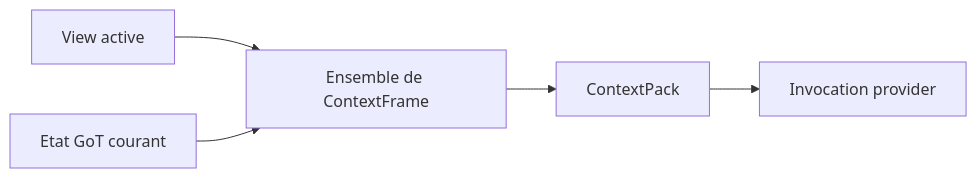
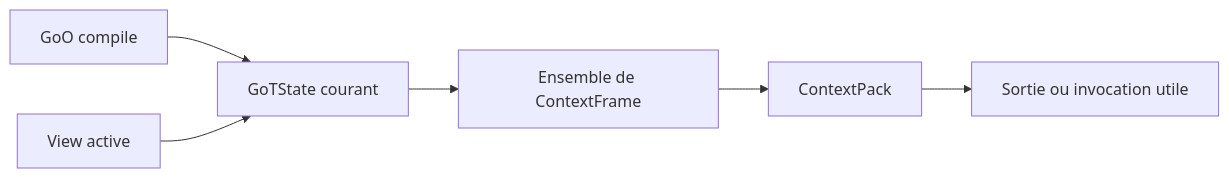
Before and after one commit to ZEDIUM-Off/graphclaw: the first of 2 diagrams in docs/architecture/concepts/got.md, drawn with Mermaid. The commit also changed other lines of this file and 11 other files, not shown here.

Commit message:
docs: clarify GoT and GoO architecture

````diff
--- a/docs/architecture/concepts/got.md
+++ b/docs/architecture/concepts/got.md
@@ -63,12 +65,14 @@
 ```mermaid
 flowchart LR
     V[View active]
-    G[Etat GoT courant]
+    O[GoO compile]
+    G[GoTState courant]
     F[Ensemble de ContextFrame]
     P[ContextPack]
-    I[Invocation provider]
+    I[Sortie ou invocation utile]
 
-    V --> F
+    O --> G
+    V --> G
     G --> F
     F --> P --> I
 ```
````
